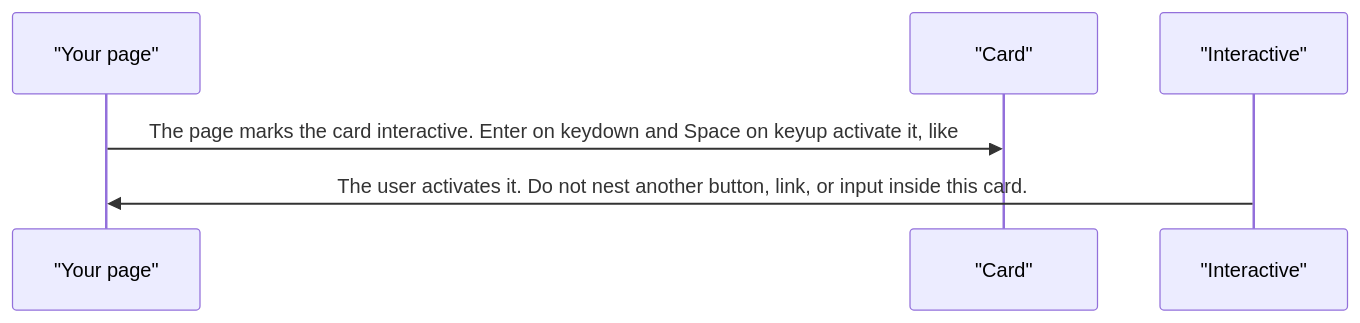
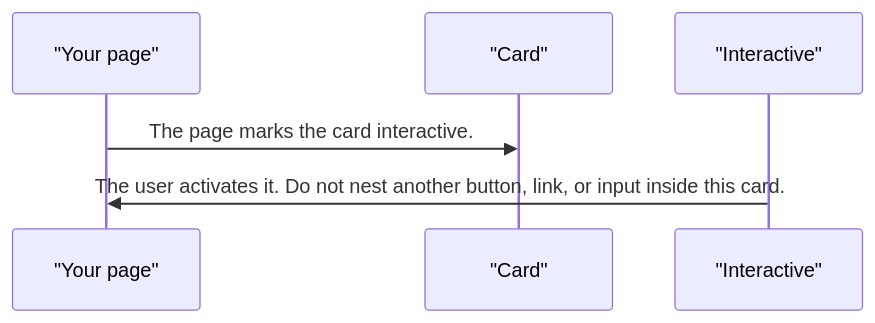
Before and after one commit to RajshekharBorate/pixel-ui: the third of 5 diagrams in projects/pixel-ui/src/lib/pixel-card/DESIGN.md, drawn with Mermaid. The commit also changed other lines of this file and 80 other files, not shown here.

Commit message:
Fill missing design flows and correct the stories that did not match component behavior.

````diff
--- a/projects/pixel-ui/src/lib/pixel-card/DESIGN.md
+++ b/projects/pixel-ui/src/lib/pixel-card/DESIGN.md
@@ -73,8 +73,8 @@
 ```mermaid
 sequenceDiagram
   participant page as "Your page"
   participant card as "Card"
   participant press as "Interactive"
-  page->>card: The page marks the card interactive. Enter on keydown and Space on keyup activate it, like
+  page->>card: The page marks the card interactive.
   press->>page: The user activates it. Do not nest another button, link, or input inside this card.
 ```
````
